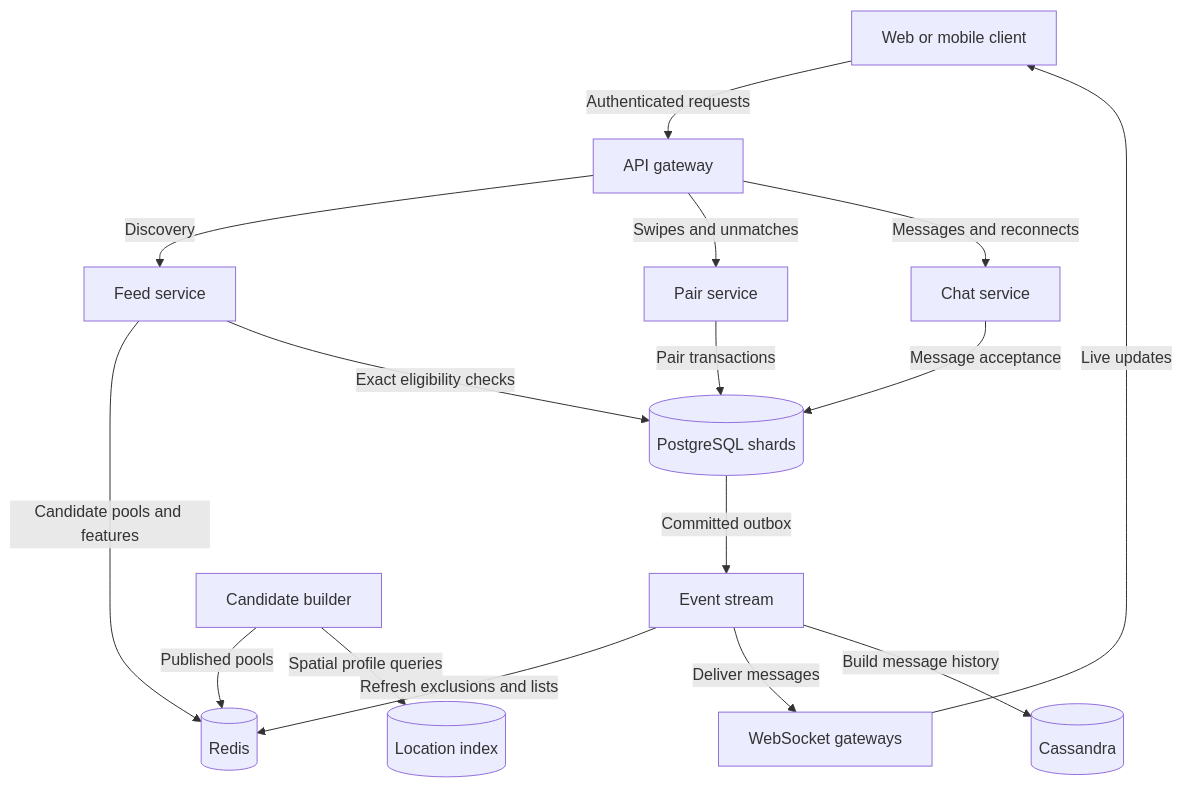
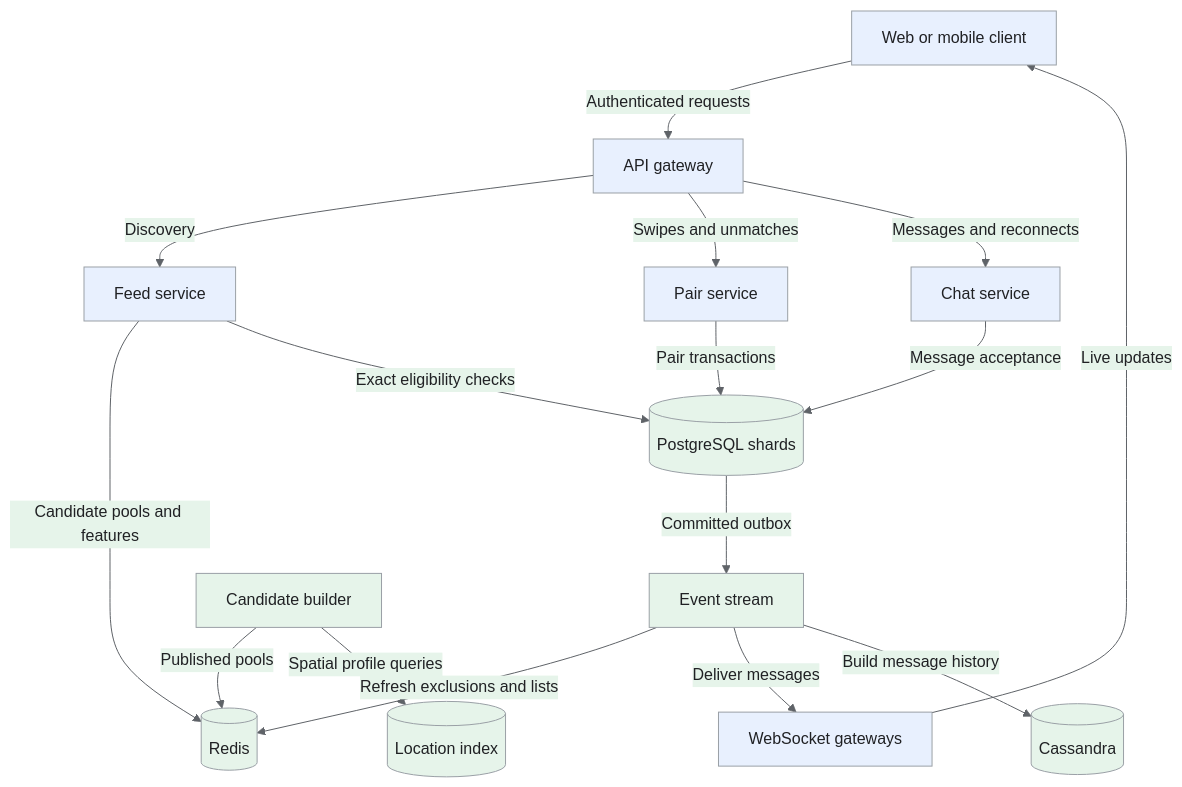
One commit to iliazlobin/iliazlobin.github.io changed the first of 4 diagrams in _designs/system-design-tinder.md. Above: the diagram before and after it, drawn with Mermaid. The commit also changed other lines of this file and 25 other files, not shown here.

Commit message:
docs: explain Batch B design flows and tradeoffs

````diff
--- a/_designs/system-design-tinder.md
+++ b/_designs/system-design-tinder.md
@@ -150,18 +163,25 @@
 ```mermaid
+%%{init: {'theme':'base','themeVariables':{'primaryColor':'#e8f0fe','primaryTextColor':'#202124','primaryBorderColor':'#9aa0a6','lineColor':'#5f6368','secondaryColor':'#e6f4ea','tertiaryColor':'#fef7e0','actorBkg':'#e8f0fe','actorBorder':'#9aa0a6','actorTextColor':'#202124','noteBkgColor':'#fef7e0','noteTextColor':'#202124','noteBorderColor':'#9aa0a6','signalColor':'#5f6368','signalTextColor':'#202124','labelBoxBkgColor':'#fef7e0','labelBoxBorderColor':'#9aa0a6'}}}%%
 flowchart TB
   U[Web or mobile client] -->|Authenticated requests| G[API gateway]
   G -->|Discovery| F[Feed service]
   G -->|Swipes and unmatches| S[Pair service]
   G -->|Messages and reconnects| C[Chat service]
   F -->|Candidate pools and features| R[(Redis)]
   F -->|Exact eligibility checks| P[(PostgreSQL shards)]
   S -->|Pair transactions| P
   C -->|Message acceptance| P
   P -->|Committed outbox| K[Event stream]
   K -->|Refresh exclusions and lists| R
   K -->|Deliver messages| W[WebSocket gateways]
   W -->|Live updates| U
   K -->|Build message history| H[(Cassandra)]
   B[Candidate builder] -->|Published pools| R
   B -->|Spatial profile queries| L[(Location index)]
+classDef request fill:#e8f0fe,stroke:#9aa0a6,color:#202124;
+classDef data fill:#e6f4ea,stroke:#9aa0a6,color:#202124;
+classDef control fill:#fef7e0,stroke:#9aa0a6,color:#202124;
+class U,G,F,S,C,W request;
+class R,P,K,H,B,L data;
+
 ```
````
